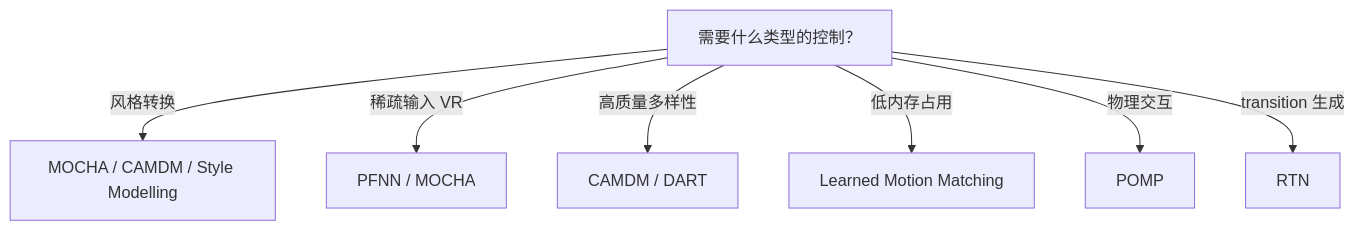
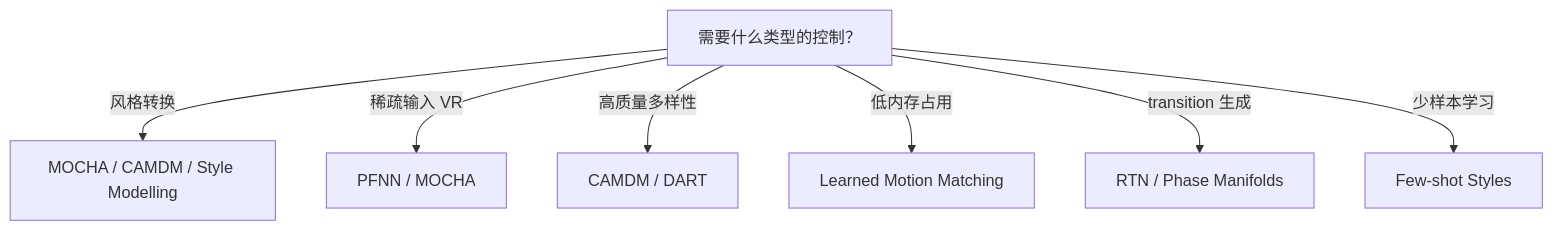
Diagram 11 of 26 in src/Locomotion_Survey.md (CaterpillarStudyGroup/GAMES105_mdbook), drawn with Mermaid before and after one commit. The commit also changed other lines of this file, not shown here.

First line of the commit message:
Add RTN (210) to Locomotion Survey and reorganize section numbering

````diff
--- a/src/Locomotion_Survey.md
+++ b/src/Locomotion_Survey.md
@@ -607,9 +707,9 @@
 ```mermaid
 flowchart TD
     Q1["需要什么类型的控制？"] --> |风格转换 | A1["MOCHA / CAMDM / Style Modelling"]
     Q1 --> |稀疏输入 VR | A2["PFNN / MOCHA"]
     Q1 --> |高质量多样性 | A3["CAMDM / DART"]
     Q1 --> |低内存占用 | A4["Learned Motion Matching"]
-    Q1 --> |物理交互 | A5["POMP"]
-    Q1 --> |transition 生成 | A6["RTN"]
+    Q1 --> |transition 生成 | A5["RTN / Phase Manifolds"]
+    Q1 --> |少样本学习 | A6["Few-shot Styles"]
 ```
````
